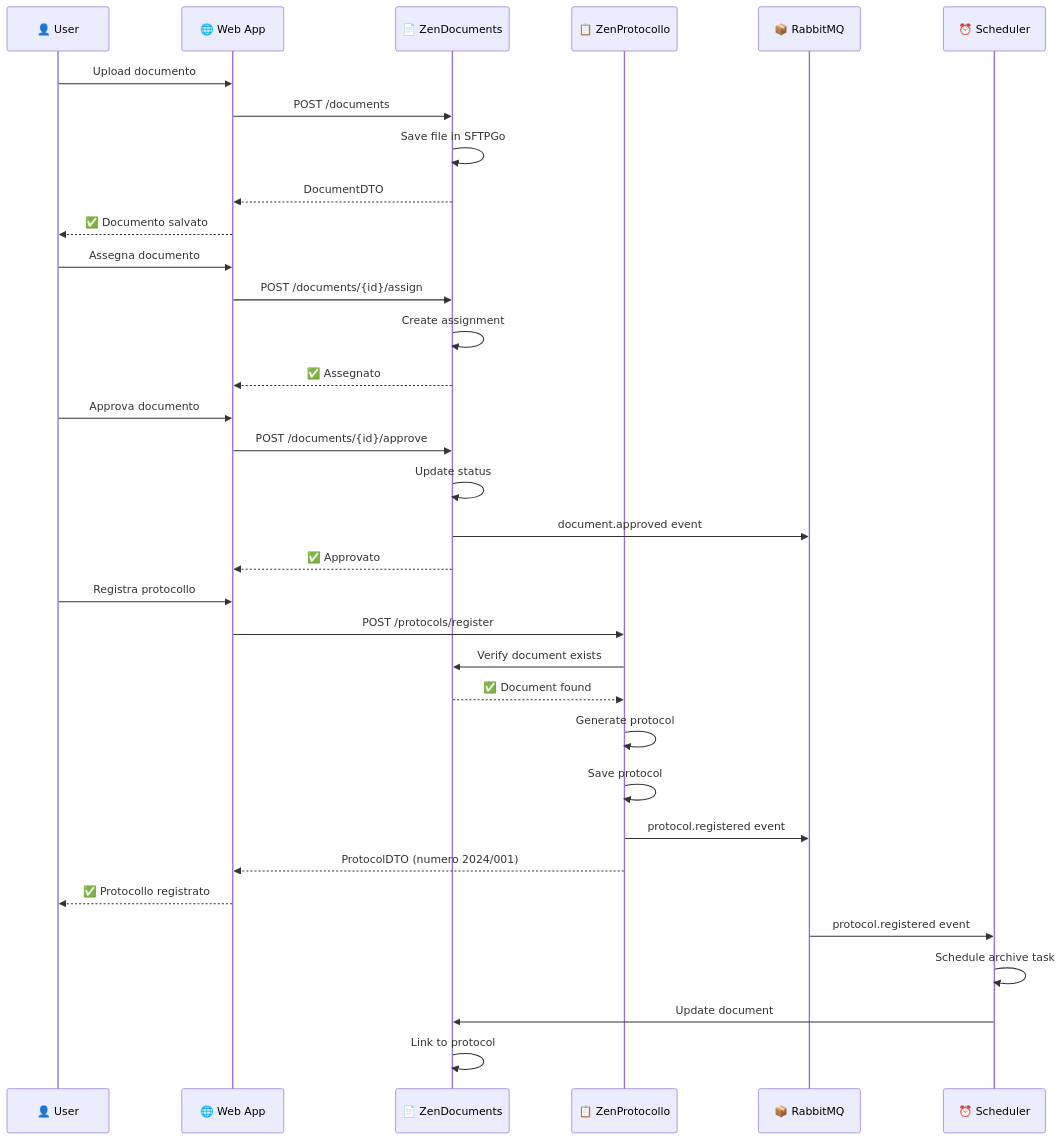
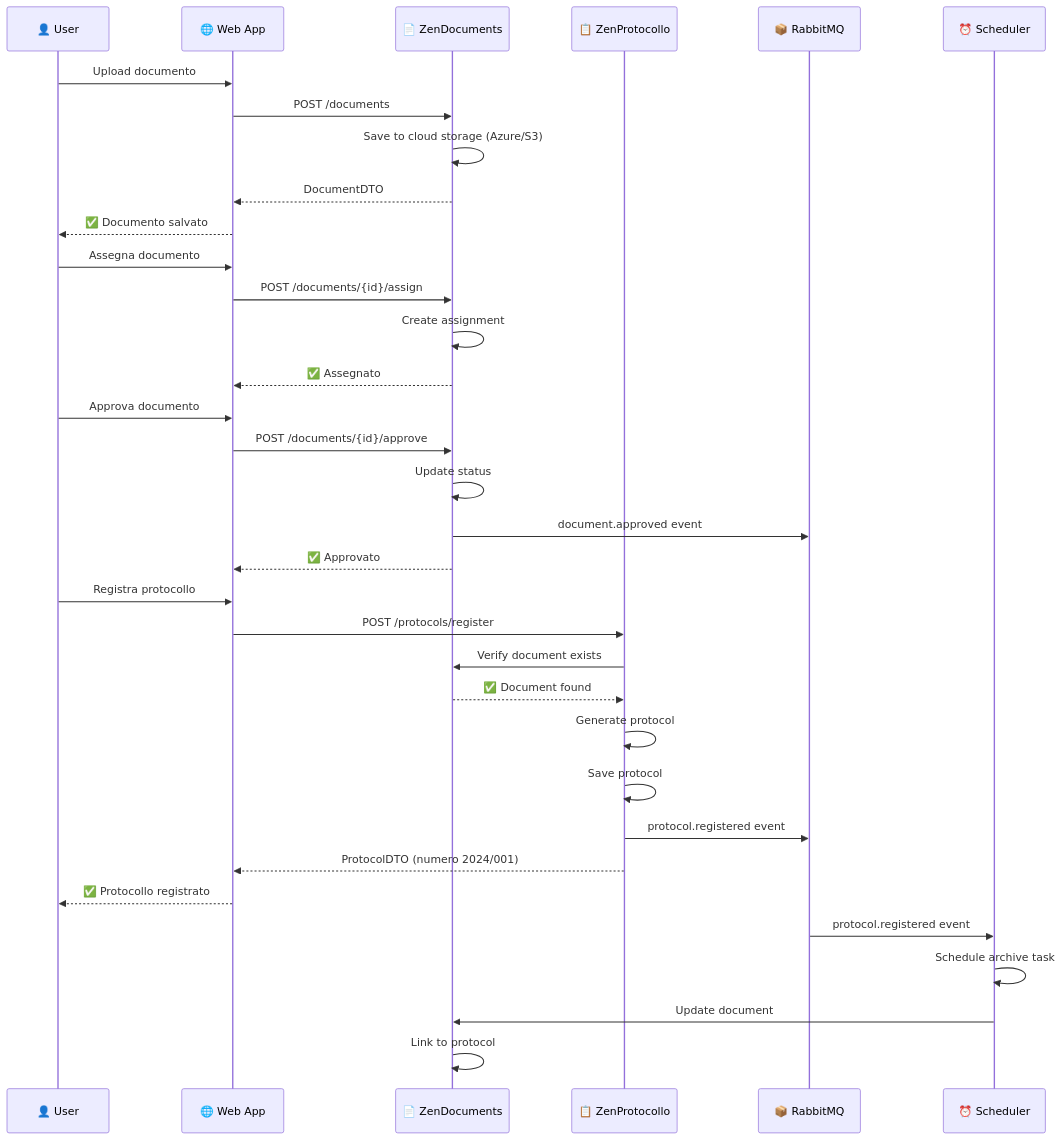
Diagram 16 of 23 in docs/ZENSHAREUP-ARCHITECTURE.md (gianlucaciarcelluti/Interzen.ZenIA), drawn with Mermaid before and after one commit. The commit also changed other lines of this file, not shown here.

Commit message:
Fix: Correct SFTPGo storage terminology in sequence diagrams
Changed inaccurate references:
- 'Save file in SFTPGo' → 'Save to cloud storage (Azure/S3)'
- 'Store in SFTPGo' → 'Store in cloud storage (Azure/S3)'

Reason: SFTPGo is a document ingress gateway (acquisition only), not the storage backend.
The actual storage is handled by ZenDocuments using Azure Blob Storage (primary) or AWS S3 (failover).

Locations fixed:
- Line 775: Flusso 1 - Creazione e Protocollazione di Documento
- Line 829: Flusso 2 - Ricezione Email e Auto-registrazione

🤖 Generated with Claude Code

````diff
--- a/docs/ZENSHAREUP-ARCHITECTURE.md
+++ b/docs/ZENSHAREUP-ARCHITECTURE.md
@@ -764,41 +764,41 @@
 ```mermaid
 sequenceDiagram
     participant User as 👤 User
     participant Web as 🌐 Web App
     participant ZenDocs as 📄 ZenDocuments
     participant ZenProt as 📋 ZenProtocollo
     participant Queue as 📦 RabbitMQ
     participant Scheduler as ⏰ Scheduler
 
     User->>Web: Upload documento
     Web->>ZenDocs: POST /documents
-    ZenDocs->>ZenDocs: Save file in SFTPGo
+    ZenDocs->>ZenDocs: Save to cloud storage (Azure/S3)
     ZenDocs-->>Web: DocumentDTO
     Web-->>User: ✅ Documento salvato
 
     User->>Web: Assegna documento
     Web->>ZenDocs: POST /documents/{id}/assign
     ZenDocs->>ZenDocs: Create assignment
     ZenDocs-->>Web: ✅ Assegnato
 
     User->>Web: Approva documento
     Web->>ZenDocs: POST /documents/{id}/approve
     ZenDocs->>ZenDocs: Update status
     ZenDocs->>Queue: document.approved event
     ZenDocs-->>Web: ✅ Approvato
 
     User->>Web: Registra protocollo
     Web->>ZenProt: POST /protocols/register
     ZenProt->>ZenDocs: Verify document exists
     ZenDocs-->>ZenProt: ✅ Document found
     ZenProt->>ZenProt: Generate protocol #
     ZenProt->>ZenProt: Save protocol
     ZenProt->>Queue: protocol.registered event
     ZenProt-->>Web: ProtocolDTO (numero 2024/001)
     Web-->>User: ✅ Protocollo registrato
 
     Queue->>Scheduler: protocol.registered event
     Scheduler->>Scheduler: Schedule archive task
     Scheduler->>ZenDocs: Update document
     ZenDocs->>ZenDocs: Link to protocol
 ```
````
